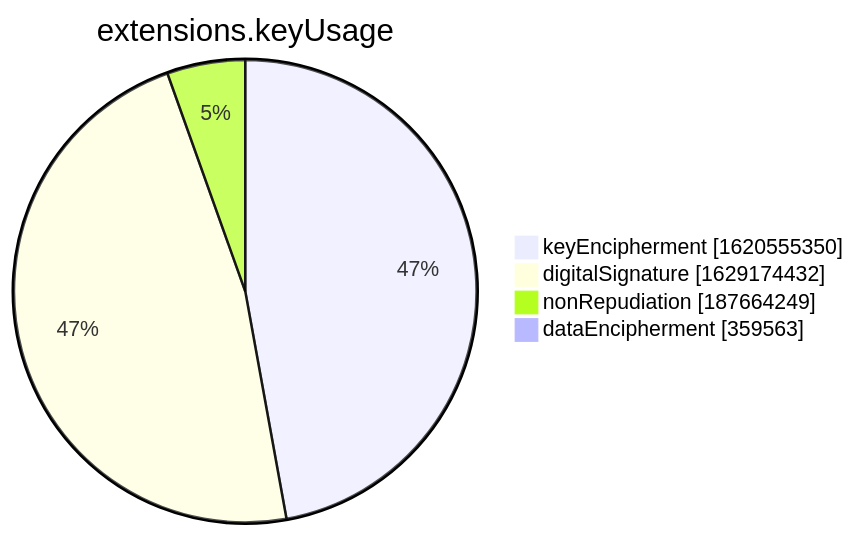
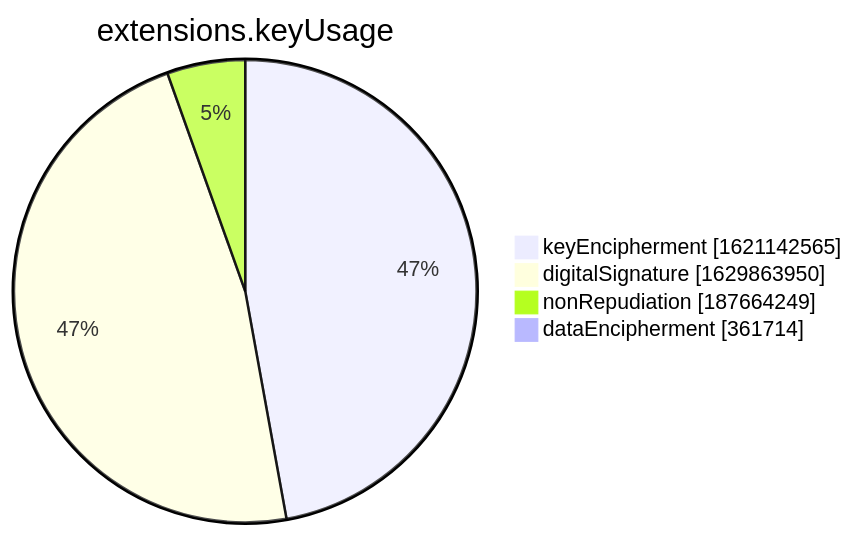
One commit to christiankrug/ctmonitor_visualization changed the seventh of 15 diagrams in xenon2022/README.md. Above: the diagram before and after it, drawn with Mermaid. The commit also changed other lines of this file, not shown here.

````diff
--- a/xenon2022/README.md
+++ b/xenon2022/README.md
@@ -2855,8 +2855,8 @@
 ```mermaid
 pie showData
 title extensions.keyUsage
-"keyEncipherment" :1620555350
-"digitalSignature" :1629174432
+"keyEncipherment" :1621142565
+"digitalSignature" :1629863950
 "nonRepudiation" :187664249
-"dataEncipherment" :359563
+"dataEncipherment" :361714
 ```
````
